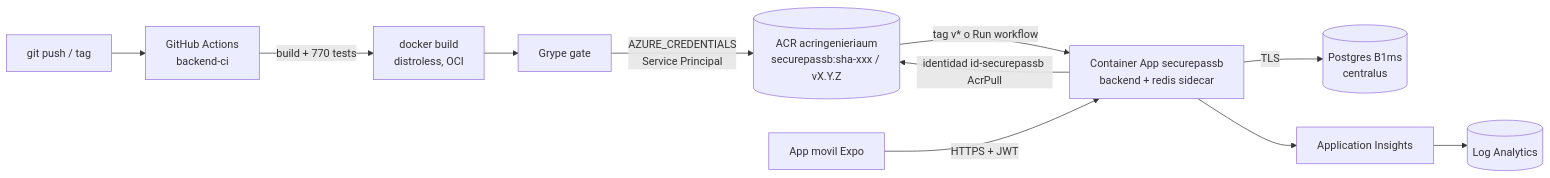
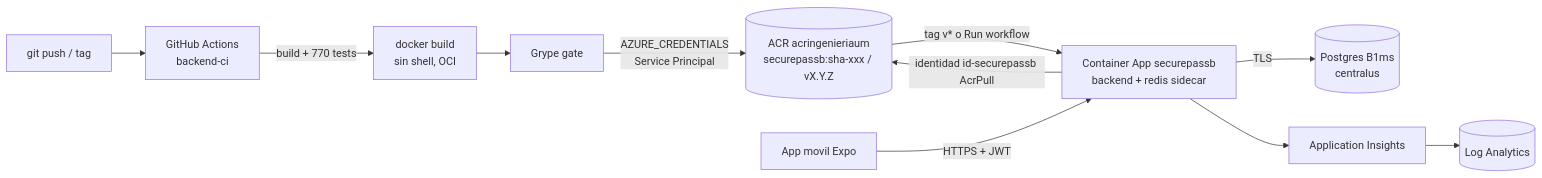
One commit to Menguitahh/acr-securepassb changed the diagram in docs/guia-parcial.md. Above: the diagram before and after it, drawn with Mermaid. The commit also changed other lines of this file and 5 other files, not shown here.

First line of the commit message:
build(docker): base de runtime sin vulnerabilidades del sistema operativo (#34)

````diff
--- a/docs/guia-parcial.md
+++ b/docs/guia-parcial.md
@@ -14,12 +14,12 @@
 ```mermaid
 flowchart LR
     DEV[git push / tag] --> GH[GitHub Actions<br/>backend-ci]
-    GH -->|build + 770 tests| IMG[docker build<br/>distroless, OCI]
+    GH -->|build + 770 tests| IMG[docker build<br/>sin shell, OCI]
     IMG --> GR[Grype gate]
     GR -->|AZURE_CREDENTIALS<br/>Service Principal| ACR[(ACR acringenieriaum<br/>securepassb:sha-xxx / vX.Y.Z)]
     ACR -->|tag v* o Run workflow| ACA[Container App securepassb<br/>backend + redis sidecar]
     ACA -->|identidad id-securepassb AcrPull| ACR
     ACA -->|TLS| PG[(Postgres B1ms<br/>centralus)]
     ACA --> AI[Application Insights] --> LAW[(Log Analytics)]
     MOB[App movil Expo] -->|HTTPS + JWT| ACA
 ```
````
